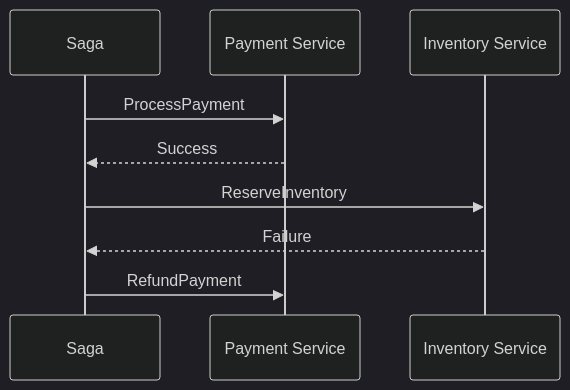
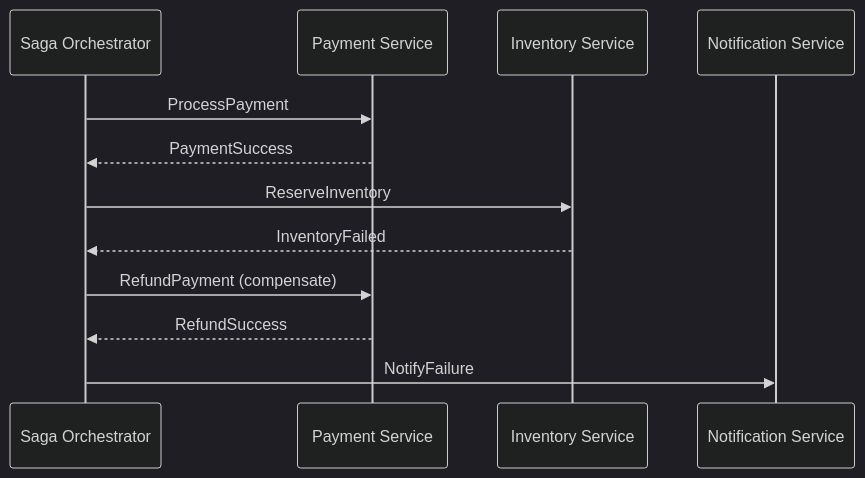
Before and after one commit to jether2011/interview-questions: the eighth of 11 diagrams in microservices-patterns.md, drawn with Mermaid (dark theme). The commit also changed other lines of this file and 13 other files, not shown here.

````diff
--- a/microservices-patterns.md
+++ b/microservices-patterns.md
@@ -194,12 +378,15 @@
 ```mermaid
 sequenceDiagram
-    participant Saga
+    participant Saga as Saga Orchestrator
     participant PS as Payment Service
     participant IS as Inventory Service
+    participant NS as Notification Service
 
     Saga->>PS: ProcessPayment
-    PS-->>Saga: Success
+    PS-->>Saga: PaymentSuccess
     Saga->>IS: ReserveInventory
-    IS-->>Saga: Failure
-    Saga->>PS: RefundPayment
+    IS-->>Saga: InventoryFailed
+    Saga->>PS: RefundPayment (compensate)
+    PS-->>Saga: RefundSuccess
+    Saga->>NS: NotifyFailure
 ```
````
